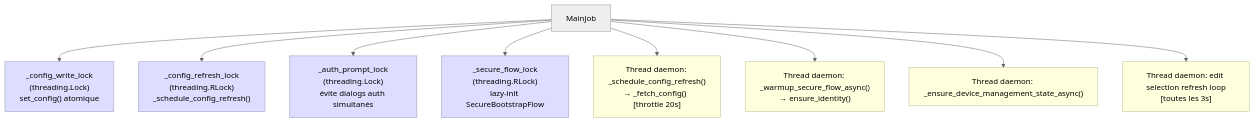
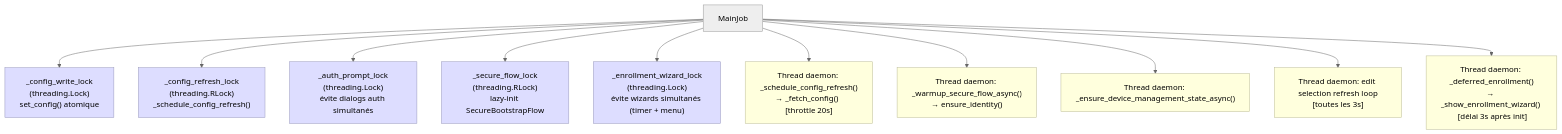
Before and after one commit to IA-Generative/AssistantMiraiLibreOffice: the fifth of 6 diagrams in prompts/prompt-creation.md, drawn with Mermaid (neutral theme). The commit also changed other lines of this file and 1 other file, not shown here.

First line of the commit message:
docs: update README and prompt-creation with enrollment wizard, Documentation menu, and URL propagation

````diff
--- a/prompts/prompt-creation.md
+++ b/prompts/prompt-creation.md
@@ -348,23 +350,27 @@
 ```mermaid
 flowchart TD
     MJ[MainJob]
 
     MJ --> CWL["_config_write_lock\n(threading.Lock)\nset_config() atomique"]
     MJ --> CRL["_config_refresh_lock\n(threading.RLock)\n_schedule_config_refresh()"]
     MJ --> APL["_auth_prompt_lock\n(threading.Lock)\névite dialogs auth simultanés"]
     MJ --> SFL["_secure_flow_lock\n(threading.RLock)\nlazy-init SecureBootstrapFlow"]
+    MJ --> EWL["_enrollment_wizard_lock\n(threading.Lock)\névite wizards simultanés (timer + menu)"]
 
     MJ --> T1["Thread daemon: _schedule_config_refresh()\n→ _fetch_config()  [throttle 20s]"]
     MJ --> T2["Thread daemon: _warmup_secure_flow_async()\n→ ensure_identity()"]
     MJ --> T3["Thread daemon: _ensure_device_management_state_async()"]
     MJ --> T4["Thread daemon: edit selection refresh loop\n[toutes les 3s]"]
+    MJ --> T5["Thread daemon: _deferred_enrollment()\n→ _show_enrollment_wizard()  [délai 3s après init]"]
 
     style CWL fill:#ddf,stroke:#99b
     style CRL fill:#ddf,stroke:#99b
     style APL fill:#ddf,stroke:#99b
     style SFL fill:#ddf,stroke:#99b
+    style EWL fill:#ddf,stroke:#99b
     style T1 fill:#ffd,stroke:#bb9
     style T2 fill:#ffd,stroke:#bb9
     style T3 fill:#ffd,stroke:#bb9
     style T4 fill:#ffd,stroke:#bb9
+    style T5 fill:#ffd,stroke:#bb9
 ```
````
